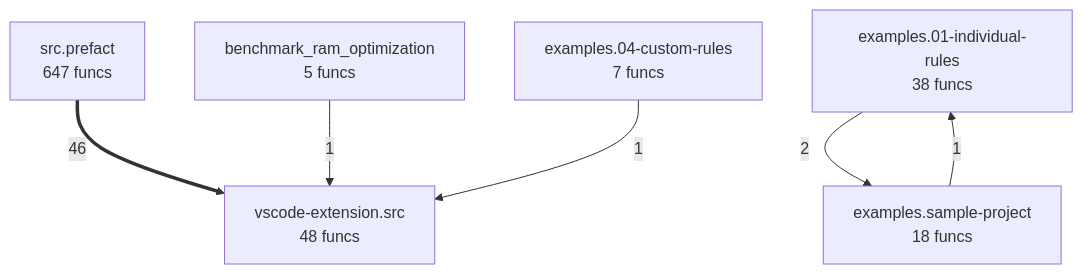
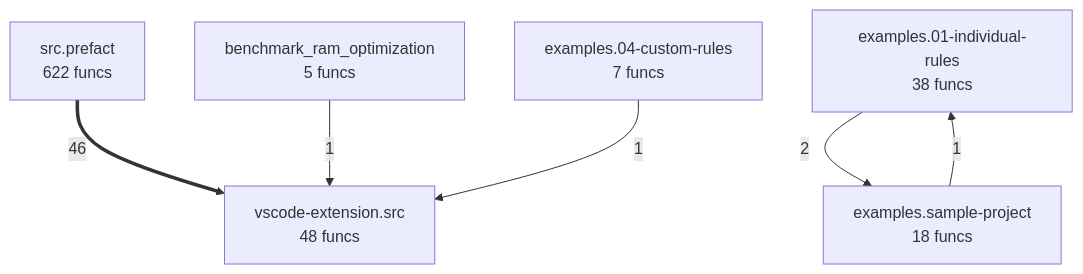
One commit to semcod/prefact changed the diagram in project/compact_flow.mmd. Above: the diagram before and after it, drawn with Mermaid. The commit also changed 25 other files, not shown here.

```diff
--- a/project/compact_flow.mmd
+++ b/project/compact_flow.mmd
@@ -1,13 +1,13 @@
 flowchart TD
-%% generated in 0.01s
+%% generated in 0.02s
     benchmark_ram_optimization["benchmark_ram_optimization<br/>5 funcs"]
     examples__01_individual_rules["examples.01-individual-rules<br/>38 funcs"]
     examples__04_custom_rules["examples.04-custom-rules<br/>7 funcs"]
     examples__sample_project["examples.sample-project<br/>18 funcs"]
-    src__prefact["src.prefact<br/>647 funcs"]
+    src__prefact["src.prefact<br/>622 funcs"]
     vscode_extension__src["vscode-extension.src<br/>48 funcs"]
     src__prefact ==>|46| vscode_extension__src
     examples__01_individual_rules -->|2| examples__sample_project
     benchmark_ram_optimization -->|1| vscode_extension__src
     examples__sample_project -->|1| examples__01_individual_rules
     examples__04_custom_rules -->|1| vscode_extension__src
```
